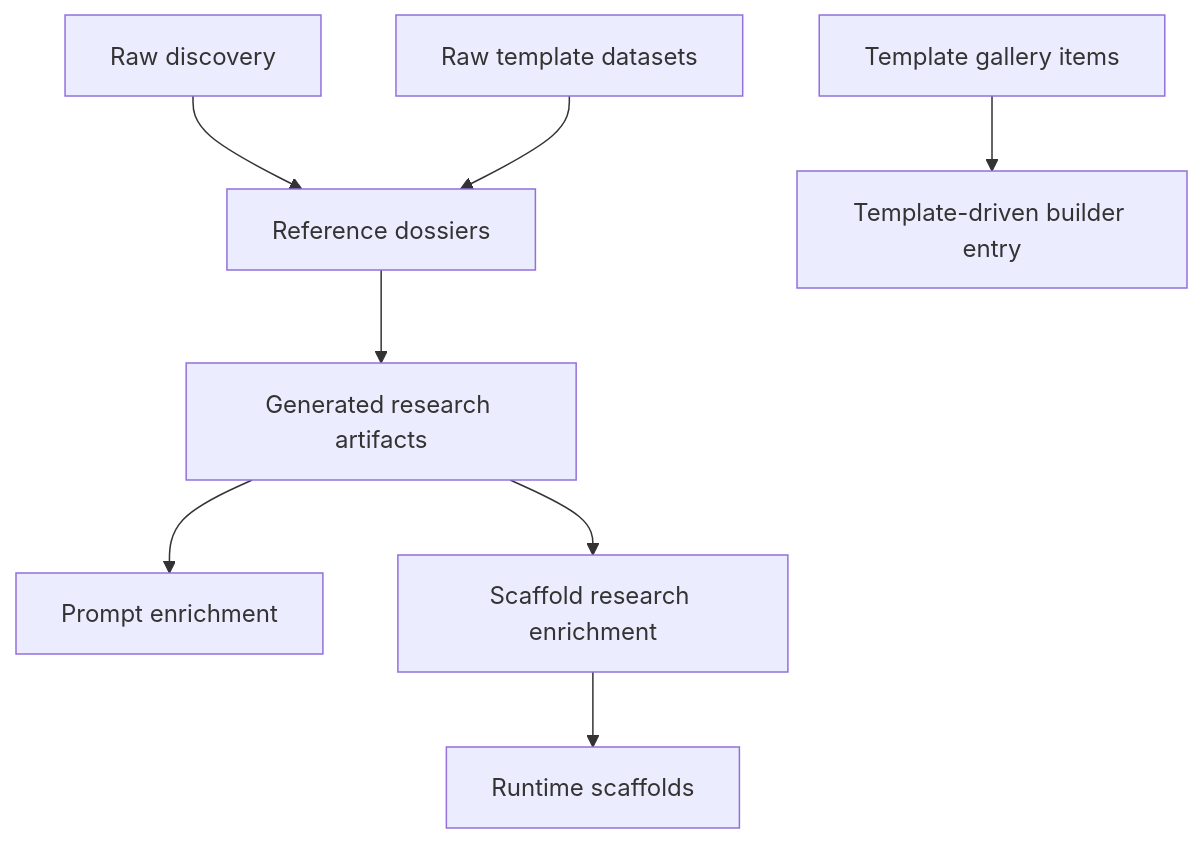
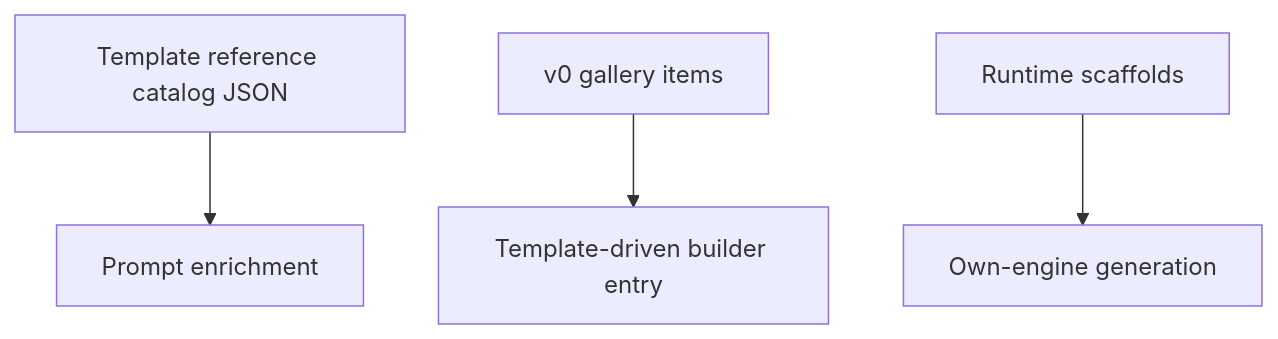
Before and after one commit to Jakeminator123/sajtmaskin: the diagram in docs/architecture/structure-and-terminology.md, drawn with Mermaid. The commit also changed other lines of this file and 191 other files, not shown here.

````diff
--- a/docs/architecture/structure-and-terminology.md
+++ b/docs/architecture/structure-and-terminology.md
@@ -126,10 +122,6 @@
 ```mermaid
 flowchart TD
-  rawDiscovery["Raw discovery"] --> referenceLibrary["Reference dossiers"]
-  rawDatasets["Raw template datasets"] --> referenceLibrary
-  referenceLibrary --> generatedArtifacts["Generated research artifacts"]
-  generatedArtifacts --> promptEnrichment["Prompt enrichment"]
-  generatedArtifacts --> scaffoldEnrichment["Scaffold research enrichment"]
-  scaffoldEnrichment --> runtimeScaffolds["Runtime scaffolds"]
-  galleryTemplates["Template gallery items"] --> templateStart["Template-driven builder entry"]
+  refCatalog["Template reference catalog JSON"] --> promptEnrichment["Prompt enrichment"]
+  galleryTemplates["v0 gallery items"] --> templateStart["Template-driven builder entry"]
+  runtimeScaffolds["Runtime scaffolds"] --> generation["Own-engine generation"]
 ```
````
